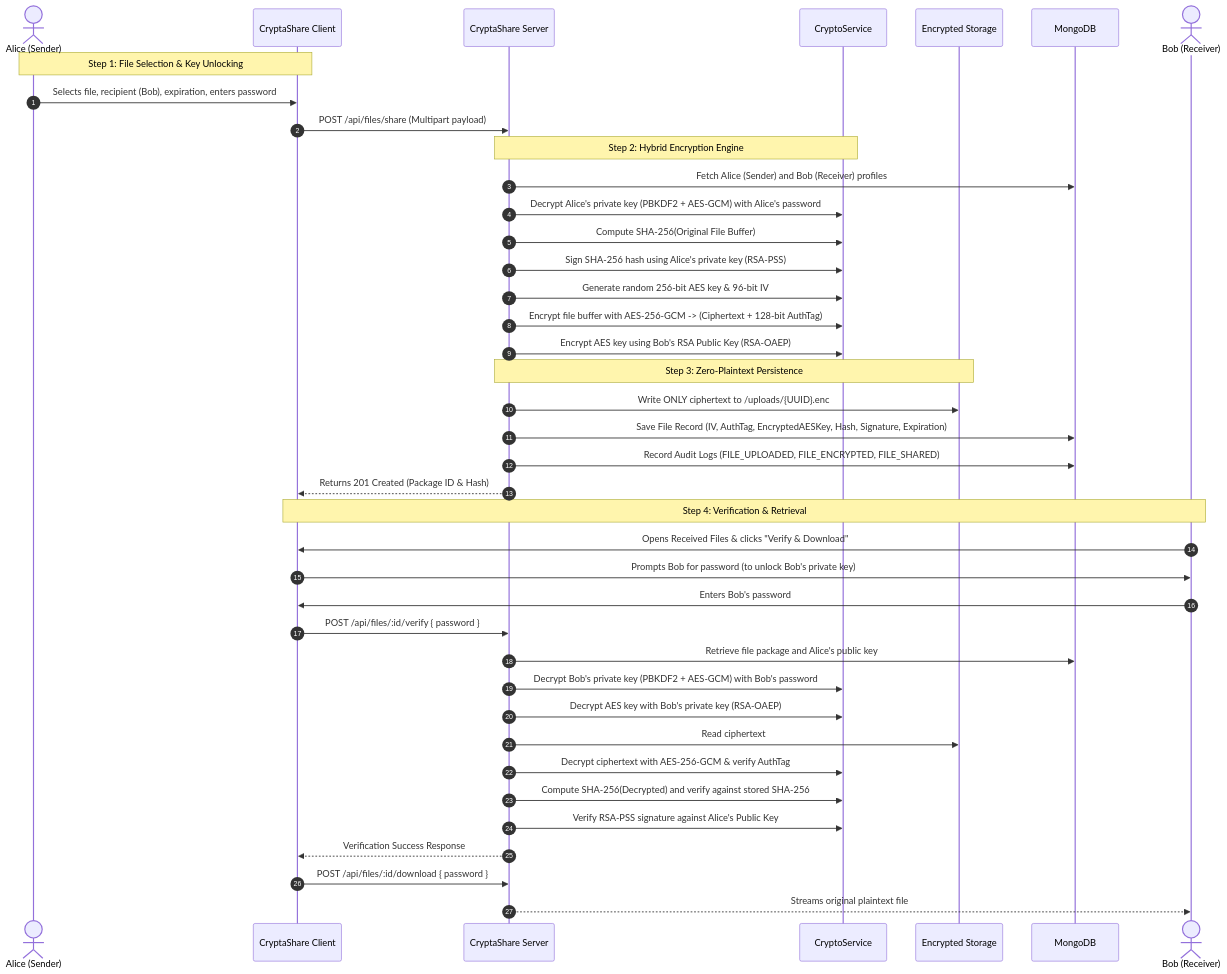
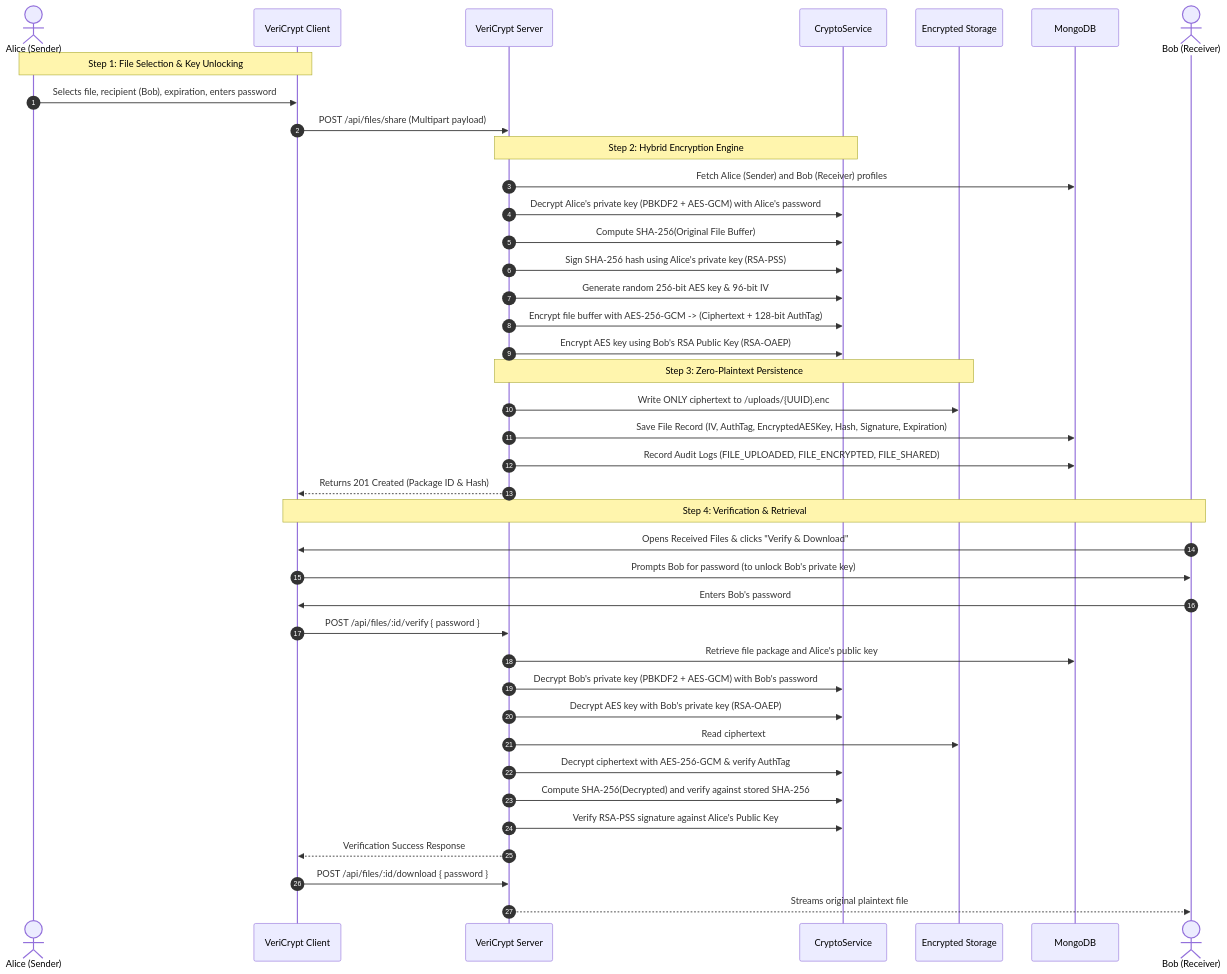
Before and after one commit to laksh76777/crypto: the second of 2 diagrams in docs/02-system-architecture.md, drawn with Mermaid. The commit also changed other lines of this file and 28 other files, not shown here.

First line of the commit message:
chore: update VeriCrypt configuration and docs

````diff
--- a/docs/02-system-architecture.md
+++ b/docs/02-system-architecture.md
@@ -45,46 +45,46 @@
 ```mermaid
 sequenceDiagram
     autonumber
     actor Sender as Alice (Sender)
-    participant Client as CryptaShare Client
-    participant Server as CryptaShare Server
+    participant Client as VeriCrypt Client
+    participant Server as VeriCrypt Server
     participant Crypto as CryptoService
     participant Disk as Encrypted Storage
     participant DB as MongoDB
     actor Receiver as Bob (Receiver)
 
     Note over Sender,Client: Step 1: File Selection & Key Unlocking
     Sender->>Client: Selects file, recipient (Bob), expiration, enters password
     Client->>Server: POST /api/files/share (Multipart payload)
 
     Note over Server,Crypto: Step 2: Hybrid Encryption Engine
     Server->>DB: Fetch Alice (Sender) and Bob (Receiver) profiles
     Server->>Crypto: Decrypt Alice's private key (PBKDF2 + AES-GCM) with Alice's password
     Server->>Crypto: Compute SHA-256(Original File Buffer)
     Server->>Crypto: Sign SHA-256 hash using Alice's private key (RSA-PSS)
     Server->>Crypto: Generate random 256-bit AES key & 96-bit IV
     Server->>Crypto: Encrypt file buffer with AES-256-GCM -> (Ciphertext + 128-bit AuthTag)
     Server->>Crypto: Encrypt AES key using Bob's RSA Public Key (RSA-OAEP)
 
     Note over Server,Disk: Step 3: Zero-Plaintext Persistence
     Server->>Disk: Write ONLY ciphertext to /uploads/{UUID}.enc
     Server->>DB: Save File Record (IV, AuthTag, EncryptedAESKey, Hash, Signature, Expiration)
     Server->>DB: Record Audit Logs (FILE_UPLOADED, FILE_ENCRYPTED, FILE_SHARED)
     Server-->>Client: Returns 201 Created (Package ID & Hash)
 
     Note over Receiver,Client: Step 4: Verification & Retrieval
     Receiver->>Client: Opens Received Files & clicks "Verify & Download"
     Client->>Receiver: Prompts Bob for password (to unlock Bob's private key)
     Receiver->>Client: Enters Bob's password
     Client->>Server: POST /api/files/:id/verify { password }
     Server->>DB: Retrieve file package and Alice's public key
     Server->>Crypto: Decrypt Bob's private key (PBKDF2 + AES-GCM) with Bob's password
     Server->>Crypto: Decrypt AES key with Bob's private key (RSA-OAEP)
     Server->>Disk: Read ciphertext
     Server->>Crypto: Decrypt ciphertext with AES-256-GCM & verify AuthTag
     Server->>Crypto: Compute SHA-256(Decrypted) and verify against stored SHA-256
     Server->>Crypto: Verify RSA-PSS signature against Alice's Public Key
     Server-->>Client: Verification Success Response
     Client->>Server: POST /api/files/:id/download { password }
     Server-->>Receiver: Streams original plaintext file
 ```
````
